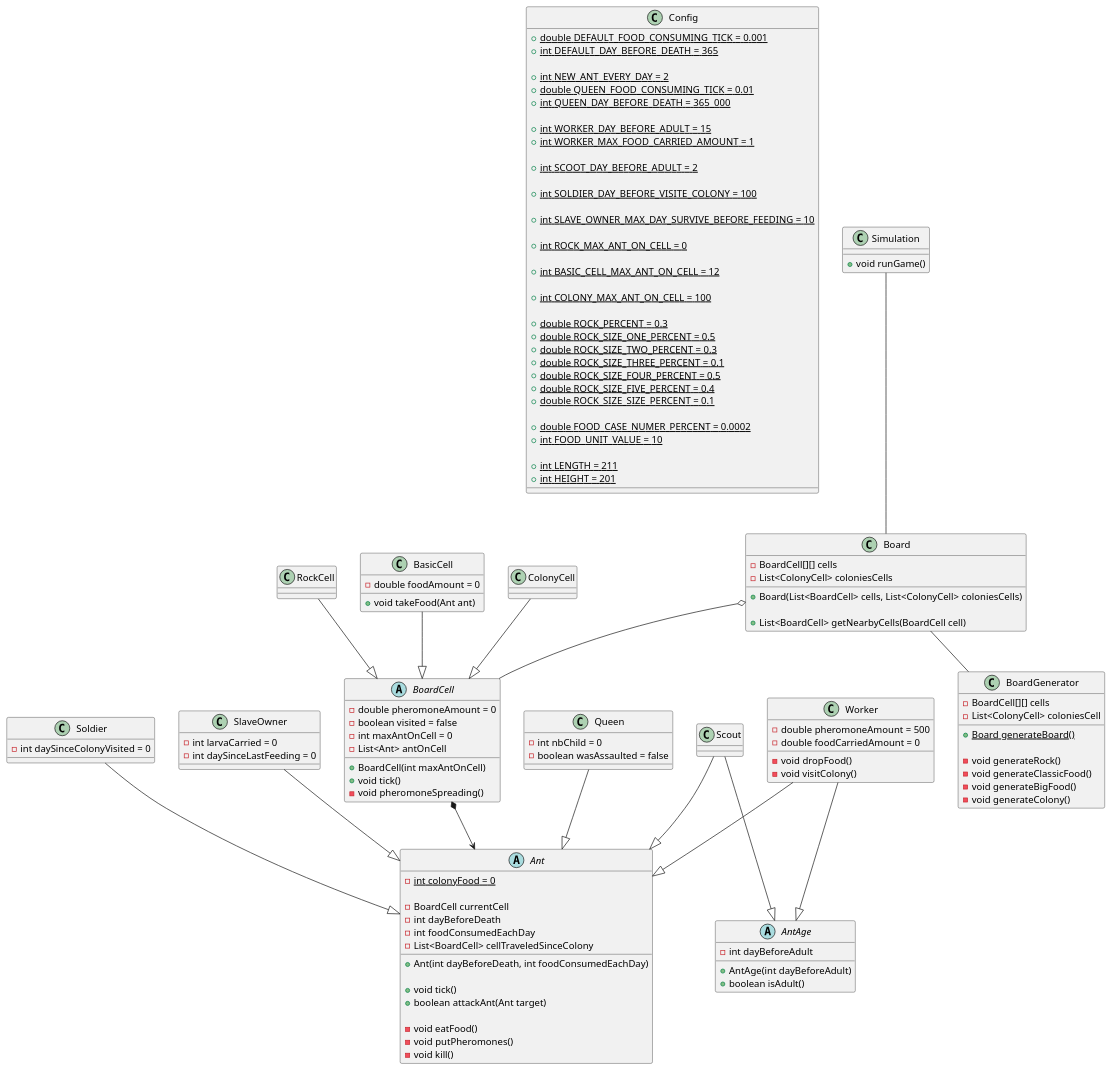
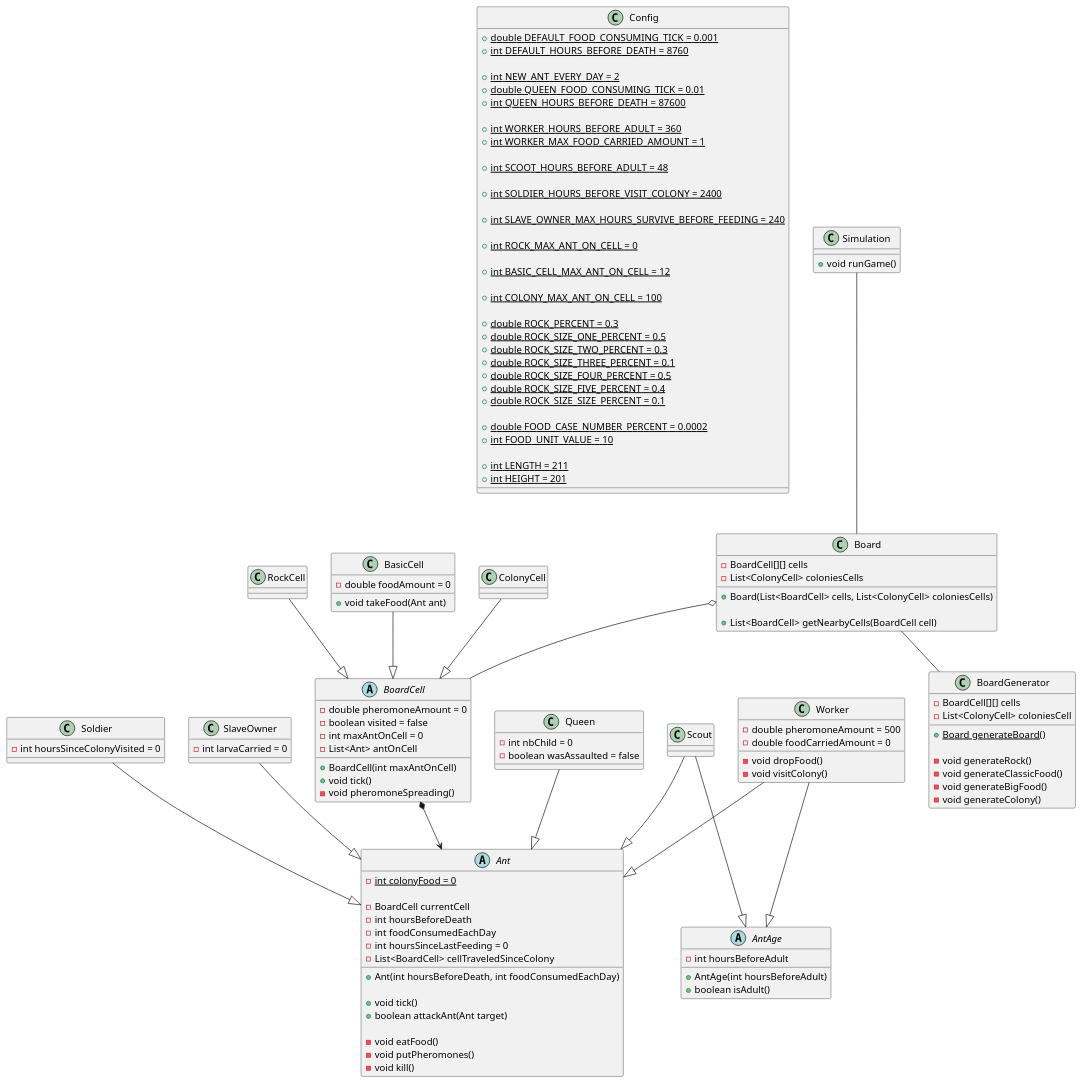
One commit to AntoninHuaut/aledlesfourmis changed the diagram in Doc/class_diagram.puml. Above: the diagram before and after it, drawn with PlantUML. The commit also changed 10 other files, not shown here.

```diff
--- a/Doc/class_diagram.puml
+++ b/Doc/class_diagram.puml
@@ -1,162 +1,162 @@
 @startuml Ant
 
 class Config {
     + {static} double DEFAULT_FOOD_CONSUMING_TICK = 0.001
-    + {static} int DEFAULT_DAY_BEFORE_DEATH = 365
+    + {static} int DEFAULT_HOURS_BEFORE_DEATH = 8760
 
     + {static} int NEW_ANT_EVERY_DAY = 2    
     + {static} double QUEEN_FOOD_CONSUMING_TICK = 0.01
-    + {static} int QUEEN_DAY_BEFORE_DEATH = 365_000
+    + {static} int QUEEN_HOURS_BEFORE_DEATH = 87600
 
-    + {static} int WORKER_DAY_BEFORE_ADULT = 15
+    + {static} int WORKER_HOURS_BEFORE_ADULT = 360
     + {static} int WORKER_MAX_FOOD_CARRIED_AMOUNT = 1
 
-    + {static} int SCOOT_DAY_BEFORE_ADULT = 2
+    + {static} int SCOOT_HOURS_BEFORE_ADULT = 48
 
-    + {static} int SOLDIER_DAY_BEFORE_VISITE_COLONY = 100
+    + {static} int SOLDIER_HOURS_BEFORE_VISIT_COLONY = 2400
 
-    + {static} int SLAVE_OWNER_MAX_DAY_SURVIVE_BEFORE_FEEDING = 10
+    + {static} int SLAVE_OWNER_MAX_HOURS_SURVIVE_BEFORE_FEEDING = 240
 
     + {static} int ROCK_MAX_ANT_ON_CELL = 0
 
     + {static} int BASIC_CELL_MAX_ANT_ON_CELL = 12
 
     + {static} int COLONY_MAX_ANT_ON_CELL = 100
 
     + {static} double ROCK_PERCENT = 0.3
     + {static} double ROCK_SIZE_ONE_PERCENT = 0.5
     + {static} double ROCK_SIZE_TWO_PERCENT = 0.3
     + {static} double ROCK_SIZE_THREE_PERCENT = 0.1
     + {static} double ROCK_SIZE_FOUR_PERCENT = 0.5
     + {static} double ROCK_SIZE_FIVE_PERCENT = 0.4
     + {static} double ROCK_SIZE_SIZE_PERCENT = 0.1
 
-    + {static} double FOOD_CASE_NUMER_PERCENT = 0.0002
+    + {static} double FOOD_CASE_NUMBER_PERCENT = 0.0002
     + {static} int FOOD_UNIT_VALUE = 10
 
     + {static} int LENGTH = 211
     + {static} int HEIGHT = 201
 }
 
 abstract class Ant {
     - {static} int colonyFood = 0
     
     - BoardCell currentCell
-    - int dayBeforeDeath
+    - int hoursBeforeDeath
     - int foodConsumedEachDay
+    - int hoursSinceLastFeeding = 0
     - List<BoardCell> cellTraveledSinceColony
     
-    + Ant(int dayBeforeDeath, int foodConsumedEachDay)
+    + Ant(int hoursBeforeDeath, int foodConsumedEachDay)
 
     + void tick()
     + boolean attackAnt(Ant target)
 
     - void eatFood()
     - void putPheromones()
     - void kill()
 }
 
 class Queen {
     - int nbChild = 0
     - boolean wasAssaulted = false
 }
 
 abstract class AntAge {
-    + AntAge(int dayBeforeAdult)
+    + AntAge(int hoursBeforeAdult)
 
-    - int dayBeforeAdult
+    - int hoursBeforeAdult
 
     + boolean isAdult()
 }
 
 class Worker {
     - double pheromoneAmount = 500
     - double foodCarriedAmount = 0
 
     - void dropFood()
     - void visitColony()
 }
 
 class Scout {
     
 }
 
 class Soldier {
-    - int daySinceColonyVisited = 0
+    - int hoursSinceColonyVisited = 0
 }
 
 class SlaveOwner {
     - int larvaCarried = 0
-    - int daySinceLastFeeding = 0
 }
 
 abstract class BoardCell {
     - double pheromoneAmount = 0
     - boolean visited = false
     - int maxAntOnCell = 0
     - List<Ant> antOnCell
 
     + BoardCell(int maxAntOnCell)
     + void tick()
     - void pheromoneSpreading()
 }
 
 class RockCell {
     
 }
 
 class BasicCell {
     - double foodAmount = 0
 
     + void takeFood(Ant ant)
 }
 
 class ColonyCell {
     
 }
 
 class Board {
     - BoardCell[][] cells
     - List<ColonyCell> coloniesCells
 
     + Board(List<BoardCell> cells, List<ColonyCell> coloniesCells)
     
     + List<BoardCell> getNearbyCells(BoardCell cell)
 }
 
 class BoardGenerator {
     - BoardCell[][] cells
     - List<ColonyCell> coloniesCell
 
     + {static} Board generateBoard()
 
     - void generateRock()
     - void generateClassicFood()
     - void generateBigFood()
     - void generateColony()
 }
 
 class Simulation {
     + void runGame()
 }
 
 RockCell --|> BoardCell
 BasicCell --|> BoardCell
 ColonyCell --|> BoardCell
 
 Simulation -- Board
 Board -- BoardGenerator
 Board o-- BoardCell
 
 BoardCell *--> Ant
 
 Worker --|> AntAge
 Scout --|> AntAge
 
 Worker --|> Ant
 Scout --|> Ant
 Soldier --|> Ant
 SlaveOwner --|> Ant
 Queen --|> Ant
 
 @enduml
```
